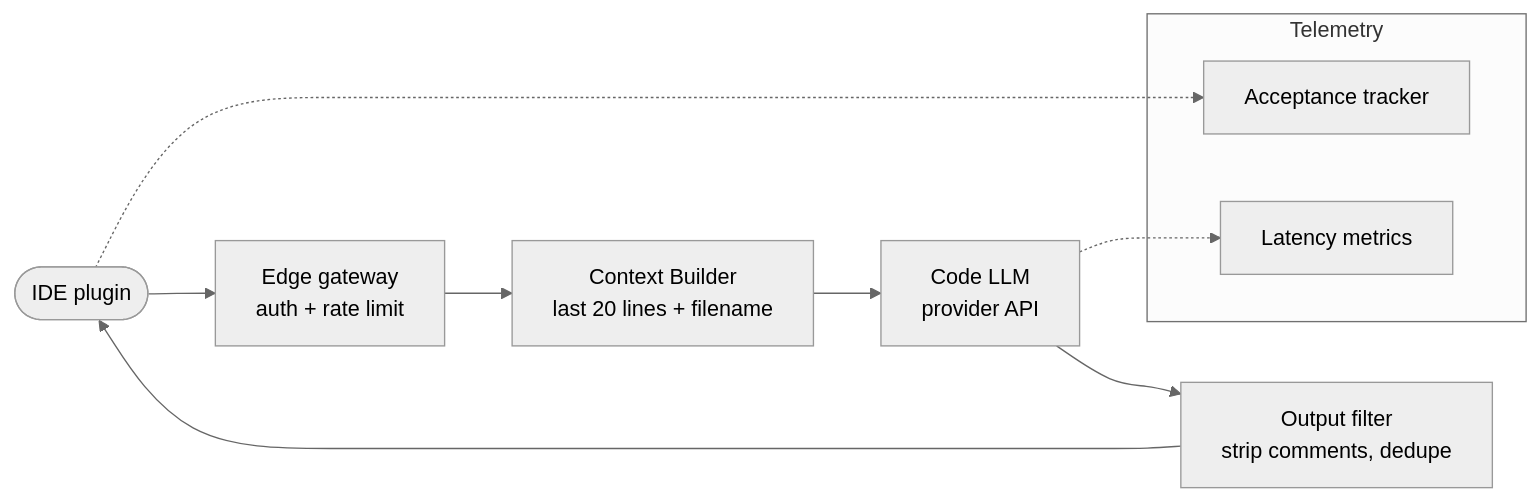
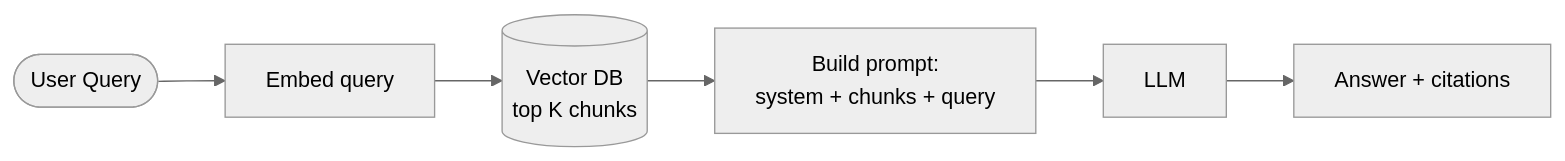
One commit to PranavMotarwar/Urban-Policy-Advisor-LLM changed the second of 48 diagrams in SYSTEM_DESIGN_PREP.md. Above: the diagram before and after it, drawn with Mermaid (neutral theme). The commit also changed other lines of this file, not shown here.

````diff
--- a/SYSTEM_DESIGN_PREP.md
+++ b/SYSTEM_DESIGN_PREP.md
@@ -1367,15 +337,8 @@
 ```mermaid
 flowchart LR
-    IDE([IDE plugin]) --> Edge[Edge gateway<br/>auth + rate limit]
-    Edge --> Ctx[Context Builder<br/>last 20 lines + filename]
-    Ctx --> LLM[Code LLM<br/>provider API]
-    LLM --> Filter[Output filter<br/>strip comments, dedupe]
-    Filter --> IDE
-
-    subgraph Telem[Telemetry]
-        Accept[Acceptance tracker]
-        Lat[Latency metrics]
-    end
-    IDE -.-> Accept
-    LLM -.-> Lat
+    User([User Query]) --> Embed[Embed query]
+    Embed --> Search[(Vector DB<br/>top K chunks)]
+    Search --> Build[Build prompt:<br/>system + chunks + query]
+    Build --> LLM[LLM]
+    LLM --> Answer[Answer + citations]
 ```
````
